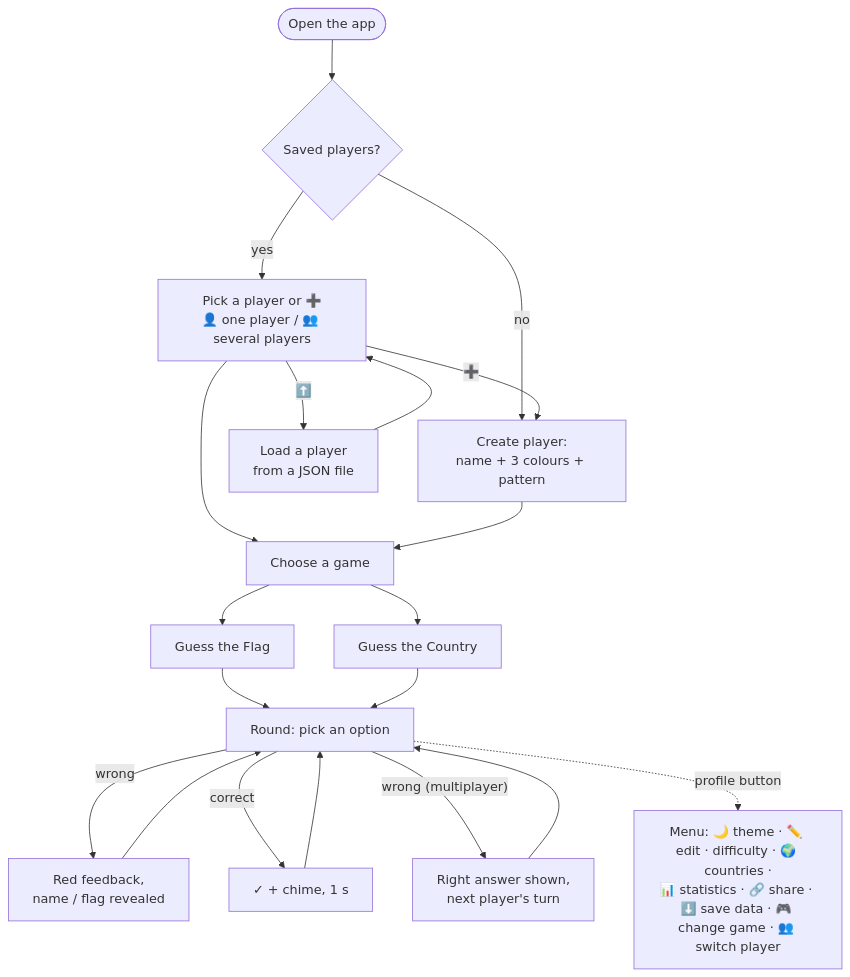
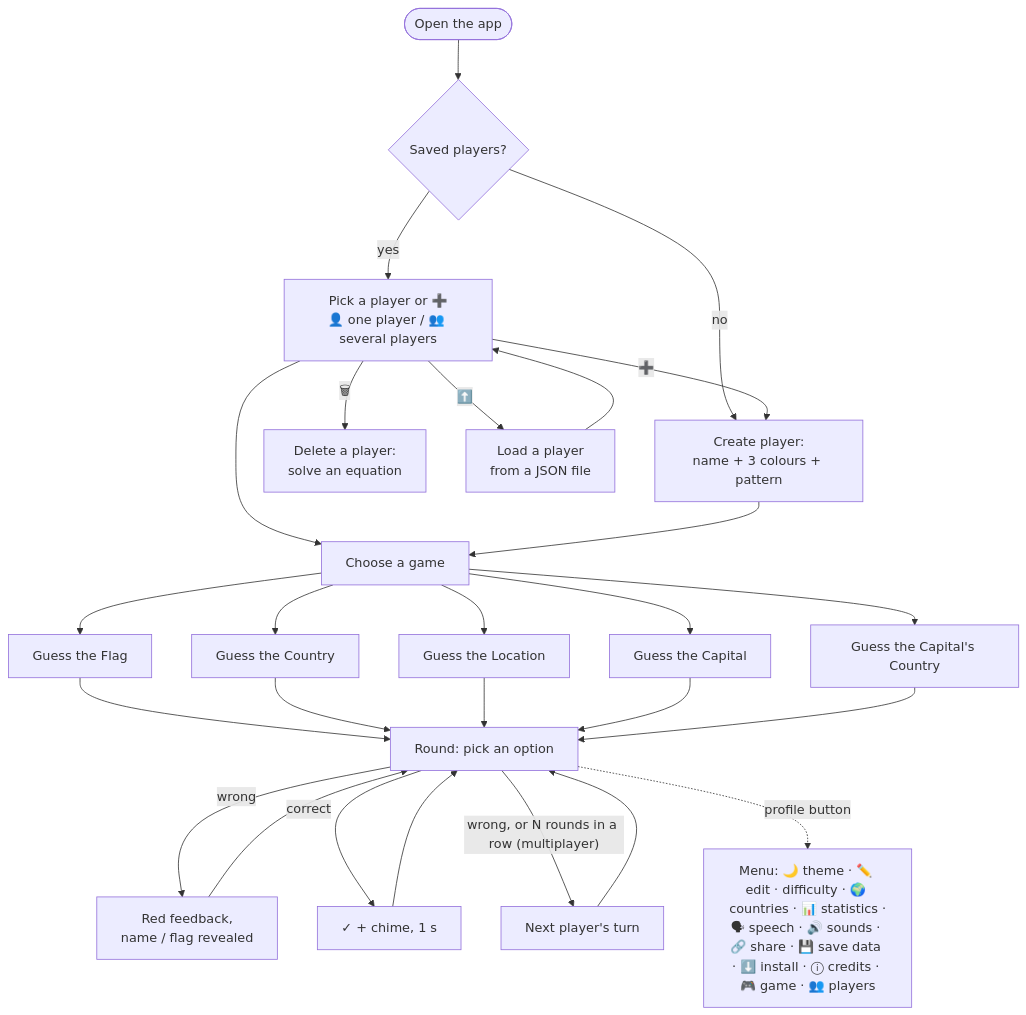
One commit to AOSSIE-Org/FlagQuiz changed the second of 2 diagrams in README.md. Above: the diagram before and after it, drawn with Mermaid. The commit also changed other lines of this file and 912 other files, not shown here.

First line of the commit message:
Add location and capital games, multiplayer turn limit, PWA install and more

````diff
--- a/README.md
+++ b/README.md
@@ -191,18 +201,25 @@
 ```mermaid
 flowchart TD
   Start([Open the app]) --> Users{Saved players?}
   Users -- no --> New[Create player:<br/>name + 3 colours + pattern]
   Users -- yes --> Pick[Pick a player or ➕<br/>👤 one player / 👥 several players]
   Pick -- ➕ --> New
   Pick --> Game
   New --> Game[Choose a game]
   Game --> GF[Guess the Flag]
   Game --> GC[Guess the Country]
+  Game --> GL[Guess the Location]
+  Game --> GK[Guess the Capital]
+  Game --> GKC[Guess the Capital's Country]
   GF --> Round[Round: pick an option]
   GC --> Round
+  GL --> Round
+  GK --> Round
+  GKC --> Round
   Round -- wrong --> Feedback[Red feedback,<br/>name / flag revealed] --> Round
   Round -- correct --> Next[✓ + chime, 1 s] --> Round
-  Round -- "wrong (multiplayer)" --> Turn[Right answer shown,<br/>next player's turn] --> Round
-  Round -. profile button .-> Menu[Menu: 🌙 theme · ✏️ edit · difficulty · 🌍 countries ·<br/>📊 statistics · 🔗 share · ⬇️ save data · 🎮 change game · 👥 switch player]
+  Round -- "wrong, or N rounds in a row (multiplayer)" --> Turn[Next player's turn] --> Round
+  Round -. profile button .-> Menu[Menu: 🌙 theme · ✏️ edit · difficulty · 🌍 countries · 📊 statistics ·<br/>🗣 speech · 🔊 sounds · 🔗 share · 💾 save data · ⬇️ install · ⓘ credits · 🎮 game · 👥 players]
+  Pick -- 🗑 --> Delete[Delete a player:<br/>solve an equation]
   Pick -- ⬆️ --> Import[Load a player<br/>from a JSON file] --> Pick
 ```
````
